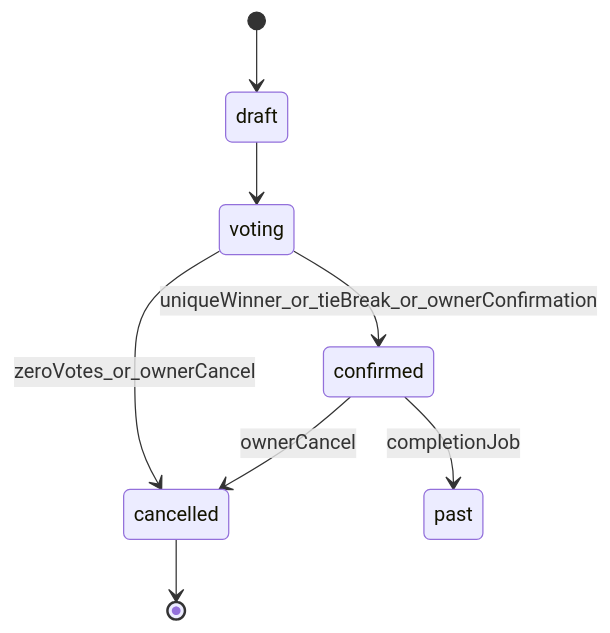
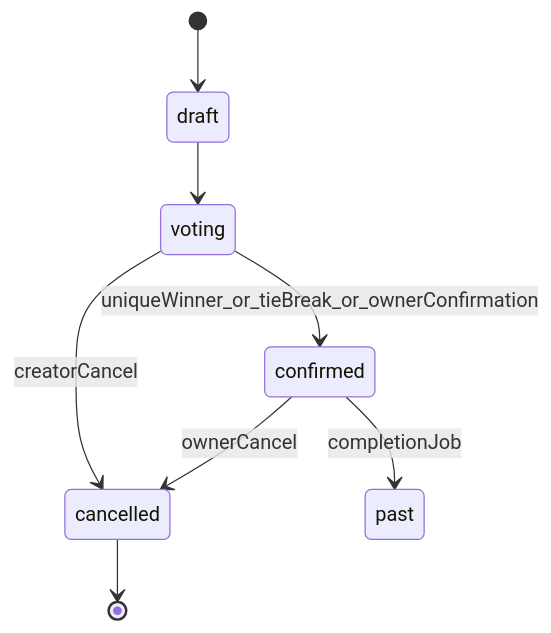
The second of 2 diagrams in docs/PRODUCT_SCENARIOS.md (MohamedMSalah/yalla5roga), drawn with Mermaid before and after one commit. The commit also changed other lines of this file and 77 other files, not shown here.

````diff
--- a/docs/PRODUCT_SCENARIOS.md
+++ b/docs/PRODUCT_SCENARIOS.md
@@ -96,10 +96,10 @@
 ```mermaid
 stateDiagram-v2
   [*] --> draft
   draft --> voting
   voting --> confirmed: uniqueWinner_or_tieBreak_or_ownerConfirmation
-  voting --> cancelled: zeroVotes_or_ownerCancel
+  voting --> cancelled: creatorCancel
   confirmed --> past: completionJob
   confirmed --> cancelled: ownerCancel
   cancelled --> [*]
 ```
````
